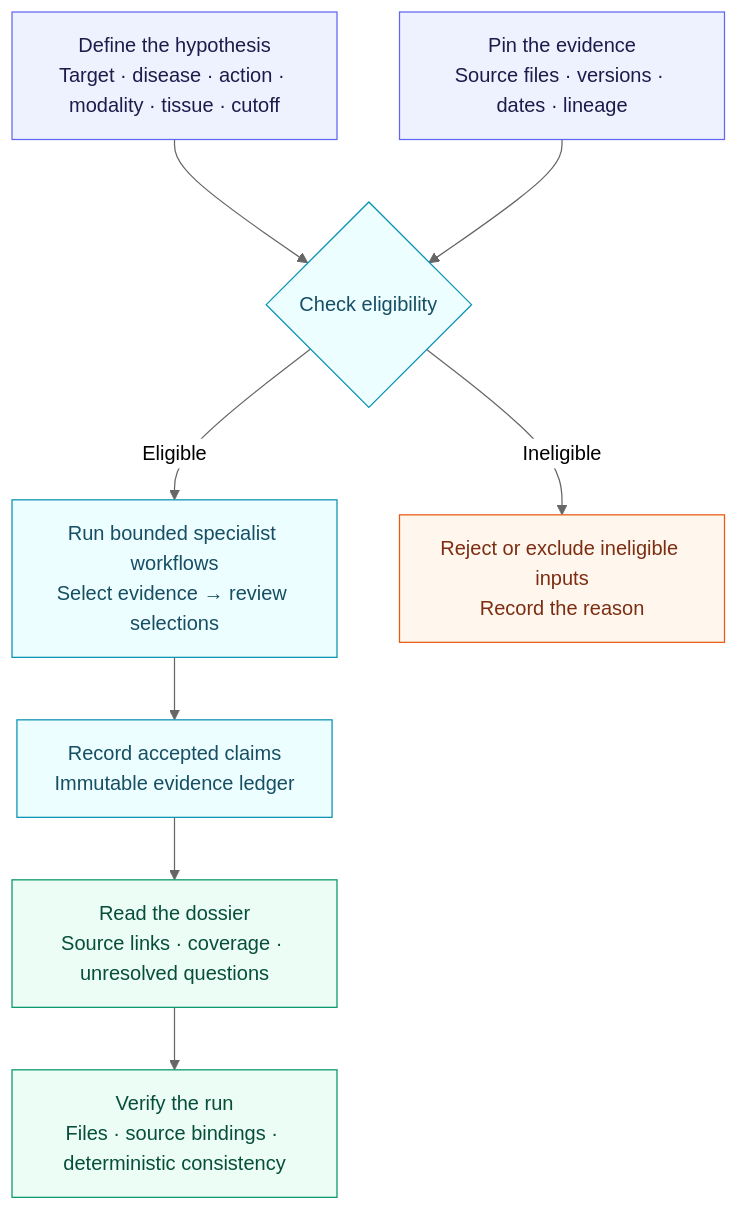
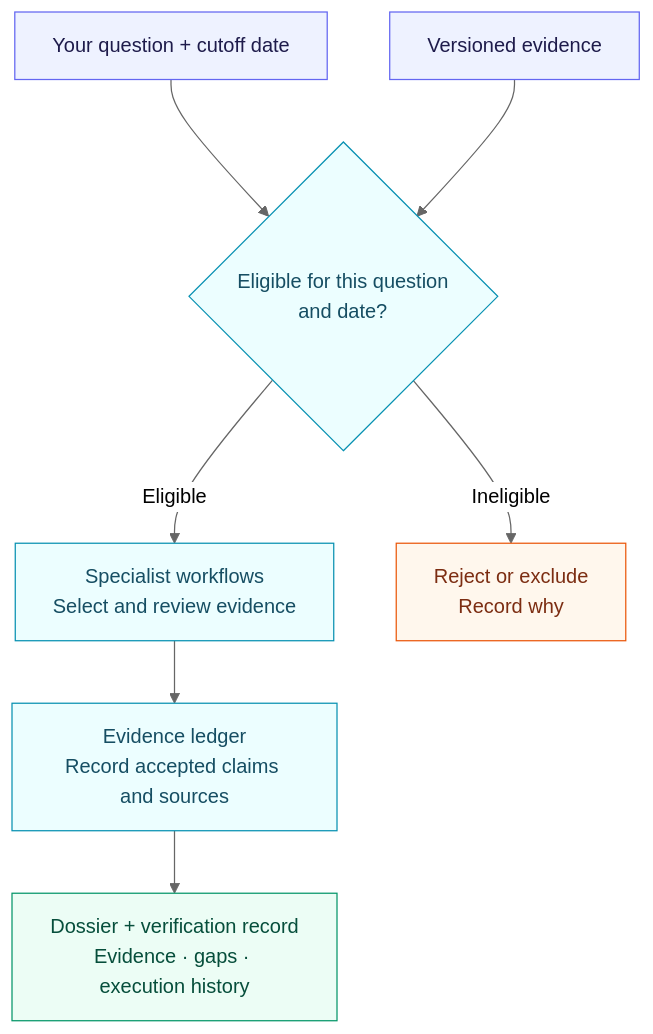
One commit to rzzli/TETHER changed the diagram in README.md. Above: the diagram before and after it, drawn with Mermaid (neutral theme). The commit also changed other lines of this file and 60 other files, not shown here.

````diff
--- a/README.md
+++ b/README.md
@@ -26,26 +26,25 @@
 ```mermaid
 flowchart TD
-    Q["Define the hypothesis<br/>Target · disease · action · modality · tissue · cutoff"]
-    S["Pin the evidence<br/>Source files · versions · dates · lineage"]
-    G{"Check eligibility"}
-    A["Run bounded specialist workflows<br/>Select evidence → review selections"]
-    L["Record accepted claims<br/>Immutable evidence ledger"]
-    D["Read the dossier<br/>Source links · coverage · unresolved questions"]
-    V["Verify the run<br/>Files · source bindings · deterministic consistency"]
-    X["Reject or exclude ineligible inputs<br/>Record the reason"]
+    Q["Your question + cutoff date"]
+    S["Versioned evidence"]
+    G{"Eligible for this question<br/>and date?"}
+    A["Specialist workflows<br/>Select and review evidence"]
+    L["Evidence ledger<br/>Record accepted claims and sources"]
+    D["Dossier + verification record<br/>Evidence · gaps · execution history"]
+    X["Reject or exclude<br/>Record why"]
 
     Q --> G
     S --> G
     G -->|Eligible| A
     G -->|Ineligible| X
-    A --> L --> D --> V
+    A --> L --> D
 
     classDef input fill:#eef2ff,stroke:#6366f1,color:#1e1b4b
     classDef process fill:#ecfeff,stroke:#0891b2,color:#164e63
     classDef output fill:#ecfdf5,stroke:#059669,color:#064e3b
     classDef excluded fill:#fff7ed,stroke:#ea580c,color:#7c2d12
     class Q,S input
     class G,A,L process
-    class D,V output
+    class D output
     class X excluded
 ```
````
